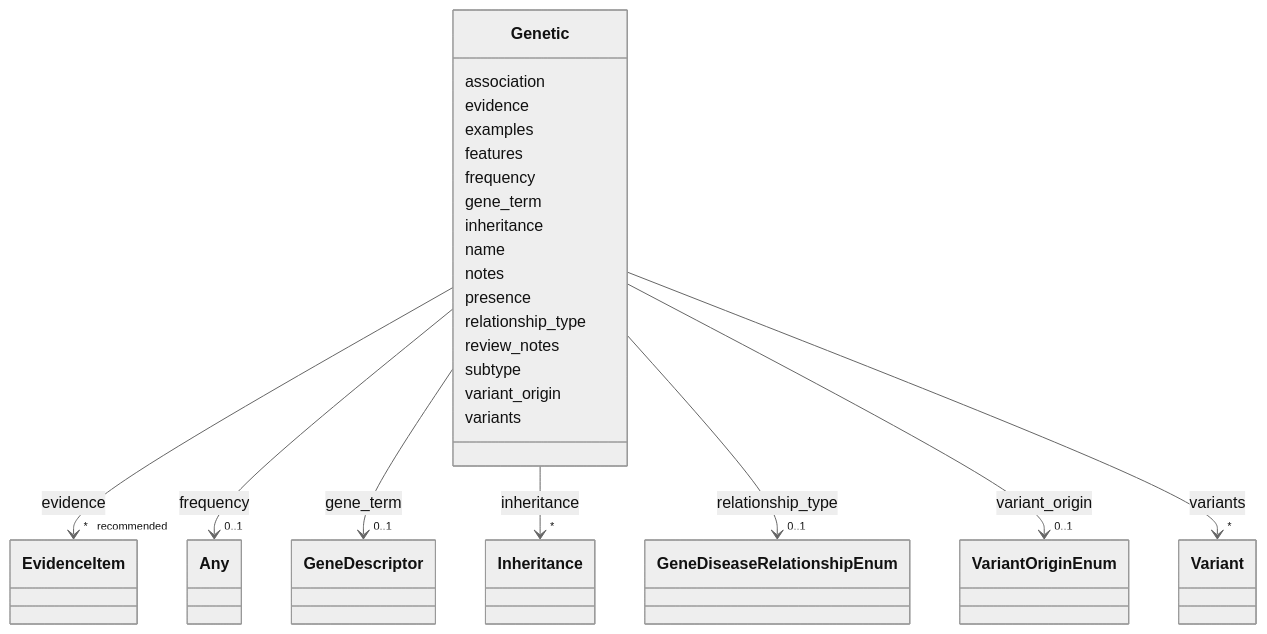
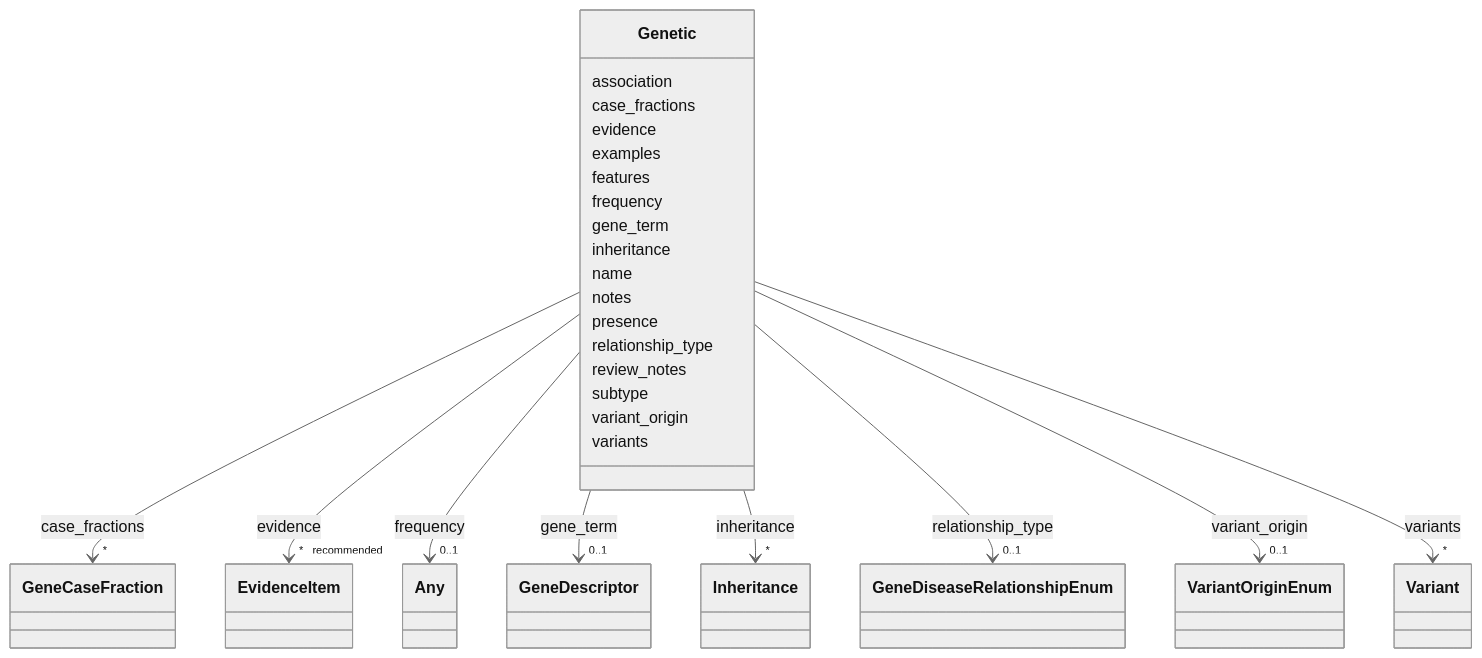
Before and after one commit to monarch-initiative/dismech: the diagram in docs/schema/classes/Genetic.md, drawn with Mermaid (neutral theme). The commit also changed other lines of this file and 393 other files, not shown here.

```diff
--- a/docs/schema/classes/Genetic.md
+++ b/docs/schema/classes/Genetic.md
@@ -15,6 +15,17 @@
     class Genetic
     click Genetic href "../../classes/Genetic/"
       Genetic : association
+        
+      Genetic : case_fractions
+        
+          
+    
+        
+        
+        Genetic --> "*" GeneCaseFraction : case_fractions
+        click GeneCaseFraction href "../../classes/GeneCaseFraction/"
+    
+
         
       Genetic : evidence
         
```
